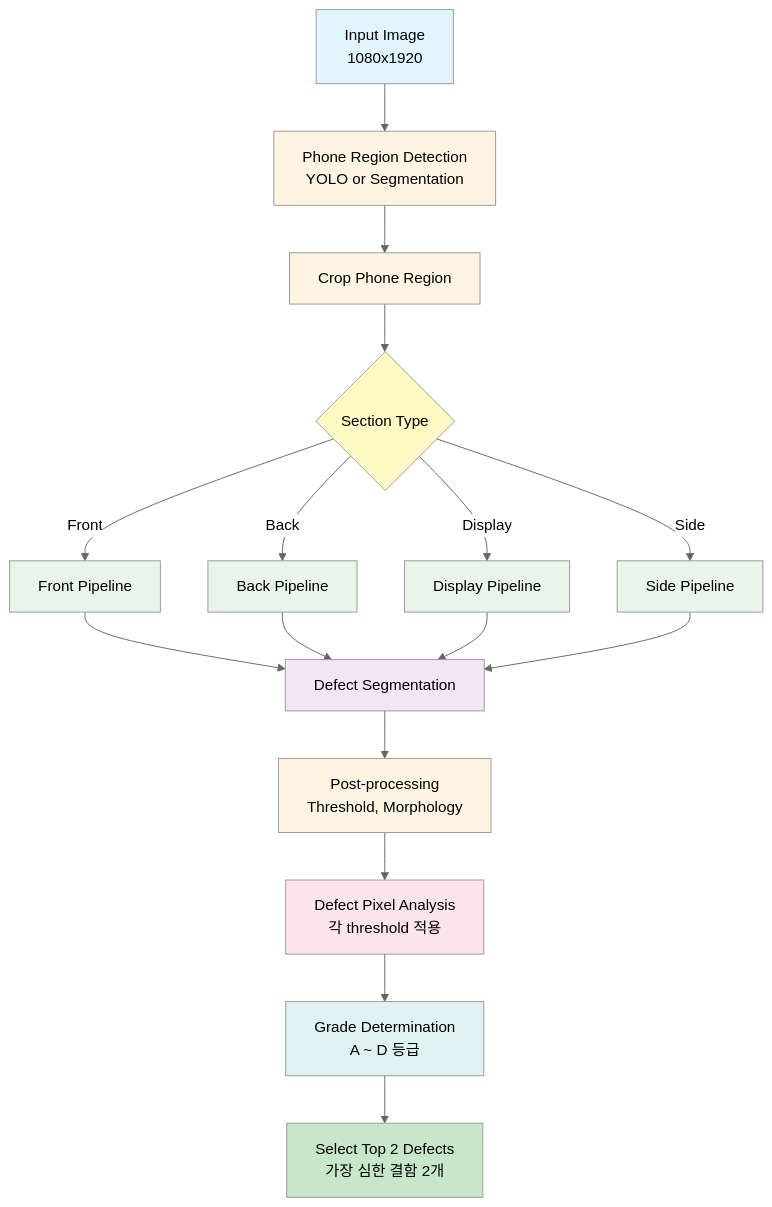
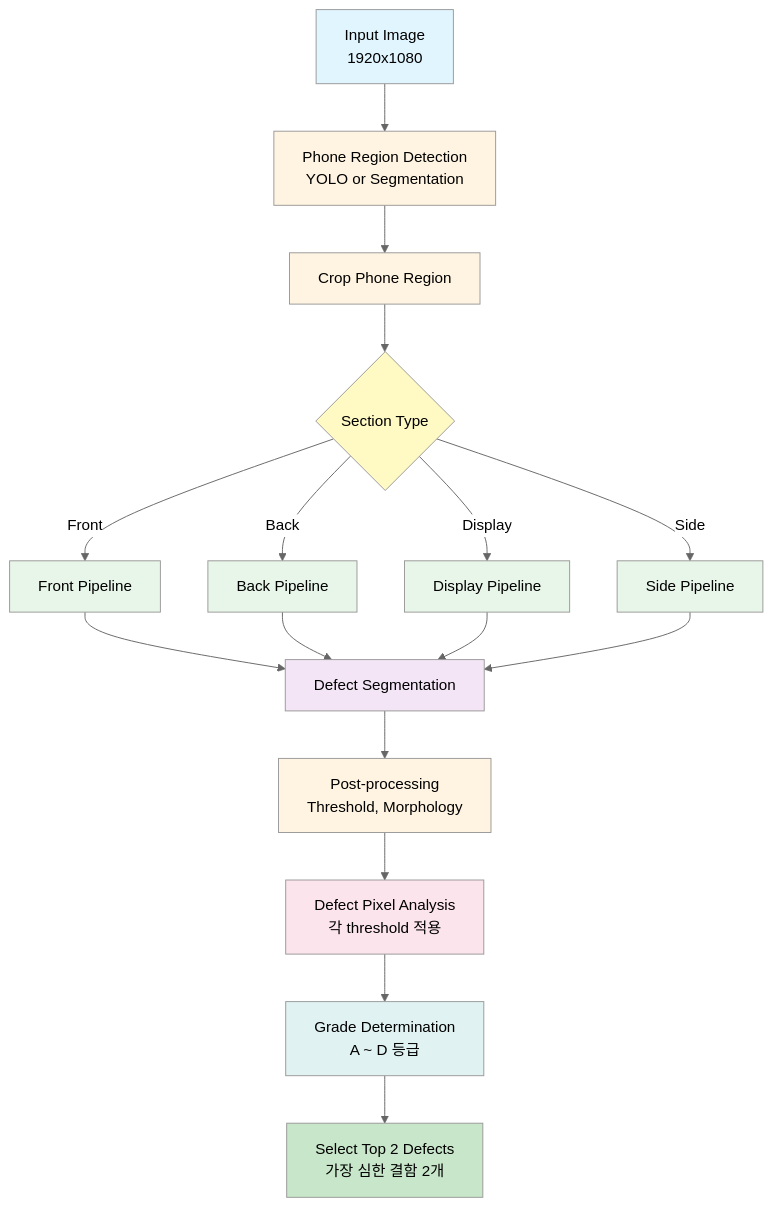
The first of 3 diagrams in phone_detect/README.md (yong-again/portfolio), drawn with Mermaid (neutral theme) before and after one commit. The commit also changed other lines of this file and 2 other files, not shown here.

Commit message:
[EDIT] README.md

````diff
--- a/phone_detect/README.md
+++ b/phone_detect/README.md
@@ -23,32 +23,32 @@
 ```mermaid
 graph TD
-    A[Input Image<br/>1080x1920] --> B[Phone Region Detection<br/>YOLO or Segmentation]
+    A[Input Image<br/>1920x1080] --> B[Phone Region Detection<br/>YOLO or Segmentation]
     B --> C[Crop Phone Region]
     C --> D{Section Type}
     D -->|Front| E[Front Pipeline]
     D -->|Back| F[Back Pipeline]
     D -->|Display| G[Display Pipeline<br/>]
     D -->|Side| H[Side Pipeline]
     E --> I[Defect Segmentation]
     F --> I
     G --> I
     H --> I
     I --> J[Post-processing<br/>Threshold, Morphology]
     J --> K[Defect Pixel Analysis<br/>각 threshold 적용]
     K --> L[Grade Determination<br/>A ~ D 등급]
     L --> M[Select Top 2 Defects<br/>가장 심한 결함 2개]
     
     style A fill:#e1f5ff
     style B fill:#fff4e1
     style C fill:#fff4e1
     style D fill:#fff9c4
     style E fill:#e8f5e9
     style F fill:#e8f5e9
     style G fill:#e8f5e9
     style H fill:#e8f5e9
     style I fill:#f3e5f5
     style J fill:#fff4e1
     style K fill:#fce4ec
     style L fill:#e0f2f1
     style M fill:#c8e6c9
 ```
````
